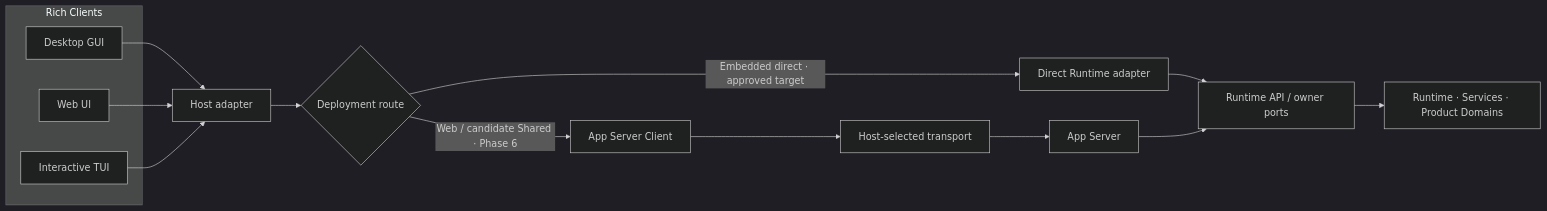
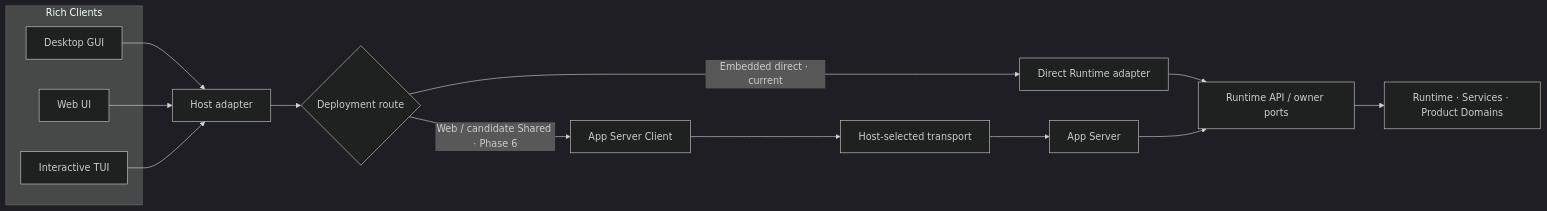
One commit to 1688mengdie/BitFun changed the first of 2 diagrams in docs/architecture/app-server-architecture.md. Above: the diagram before and after it, drawn with Mermaid (dark theme). The commit also changed other lines of this file and 71 other files, not shown here.

````diff
--- a/docs/architecture/app-server-architecture.md
+++ b/docs/architecture/app-server-architecture.md
@@ -152,20 +151,20 @@
 ```mermaid
 flowchart LR
   subgraph Clients["Rich Clients"]
     GUI["Desktop GUI"]
     Web["Web UI"]
     TUI["Interactive TUI"]
   end
 
   GUI --> Host["Host adapter"]
   Web --> Host
   TUI --> Host
   Host --> Route{"Deployment route"}
-  Route -->|"Embedded direct · approved target"| Direct["Direct Runtime adapter"]
+  Route -->|"Embedded direct · current"| Direct["Direct Runtime adapter"]
   Route -->|"Web / candidate Shared · Phase 6"| Client["App Server Client"]
   Client --> Transport["Host-selected transport"]
   Transport --> Server["App Server"]
   Direct --> API["Runtime API / owner ports"]
   Server --> API
   API --> Owners["Runtime · Services · Product Domains"]
 ```
````
